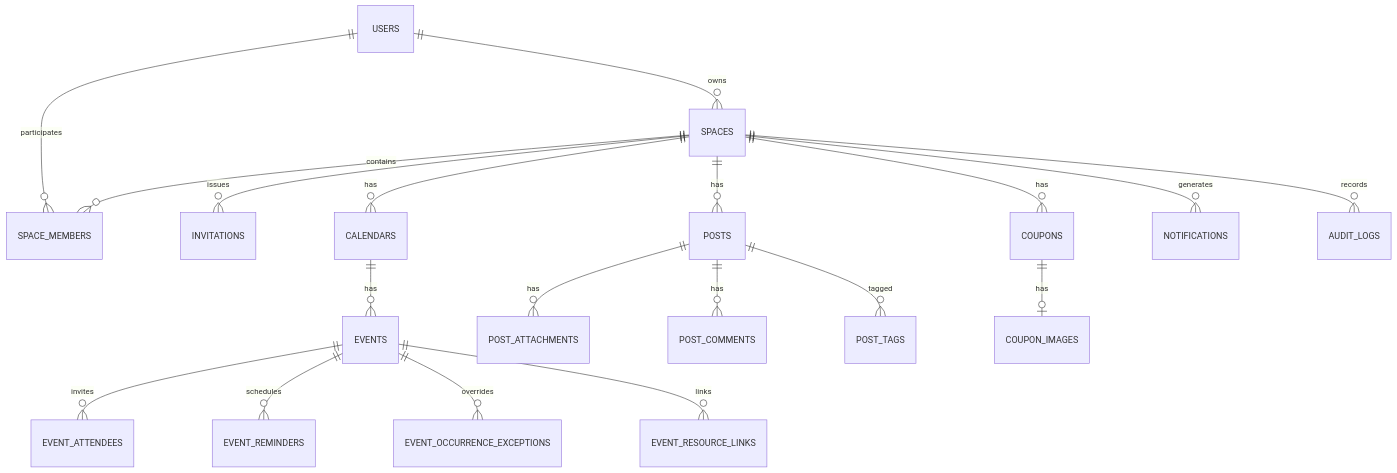
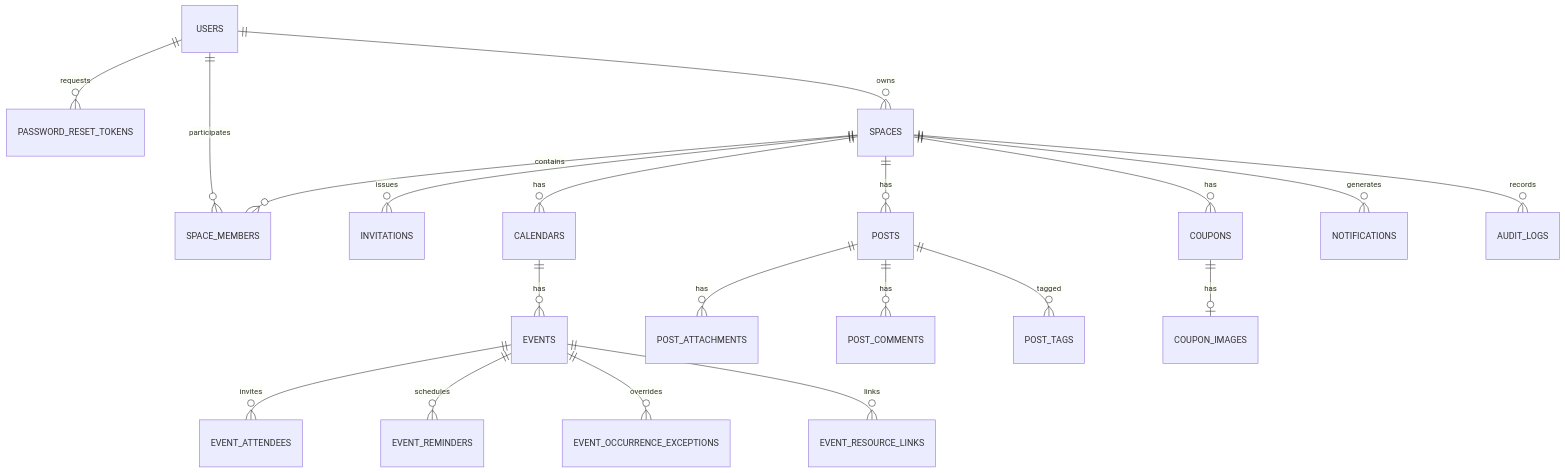
The third of 7 diagrams in docs/DETAILED_DESIGN.md (khhan-dev/moaday), drawn with Mermaid before and after one commit. The commit also changed other lines of this file and 30 other files, not shown here.

````diff
--- a/docs/DETAILED_DESIGN.md
+++ b/docs/DETAILED_DESIGN.md
@@ -135,21 +145,22 @@
 ```mermaid
 erDiagram
     USERS ||--o{ SPACE_MEMBERS : participates
+    USERS ||--o{ PASSWORD_RESET_TOKENS : requests
     USERS ||--o{ SPACES : owns
     SPACES ||--o{ SPACE_MEMBERS : contains
     SPACES ||--o{ INVITATIONS : issues
     SPACES ||--o{ CALENDARS : has
     CALENDARS ||--o{ EVENTS : has
     EVENTS ||--o{ EVENT_ATTENDEES : invites
     EVENTS ||--o{ EVENT_REMINDERS : schedules
     EVENTS ||--o{ EVENT_OCCURRENCE_EXCEPTIONS : overrides
     EVENTS ||--o{ EVENT_RESOURCE_LINKS : links
     SPACES ||--o{ POSTS : has
     POSTS ||--o{ POST_ATTACHMENTS : has
     POSTS ||--o{ POST_COMMENTS : has
     POSTS ||--o{ POST_TAGS : tagged
     SPACES ||--o{ COUPONS : has
     COUPONS ||--o| COUPON_IMAGES : has
     SPACES ||--o{ NOTIFICATIONS : generates
     SPACES ||--o{ AUDIT_LOGS : records
 ```
````
